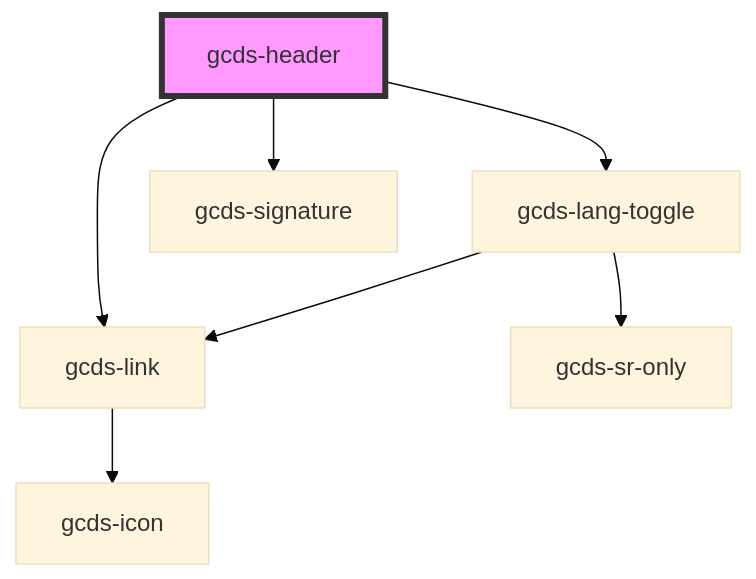
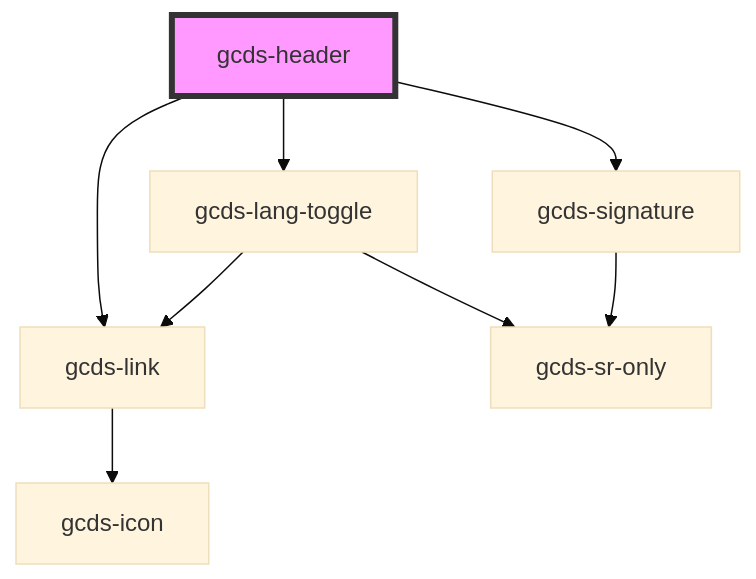
The diagram in packages/web/src/components/gcds-header/readme.md (cds-snc/gcds-components), drawn with Mermaid (base theme) before and after one commit. The commit also changed 7 other files, not shown here.

Commit message:
refactor(gcds-signature): Signature alternative text to be bilingual

````diff
--- a/packages/web/src/components/gcds-header/readme.md
+++ b/packages/web/src/components/gcds-header/readme.md
@@ -25,10 +25,11 @@
 ```mermaid
 graph TD;
   gcds-header --> gcds-link
   gcds-header --> gcds-lang-toggle
   gcds-header --> gcds-signature
   gcds-link --> gcds-icon
   gcds-lang-toggle --> gcds-sr-only
   gcds-lang-toggle --> gcds-link
+  gcds-signature --> gcds-sr-only
   style gcds-header fill:#f9f,stroke:#333,stroke-width:4px
 ```
````
